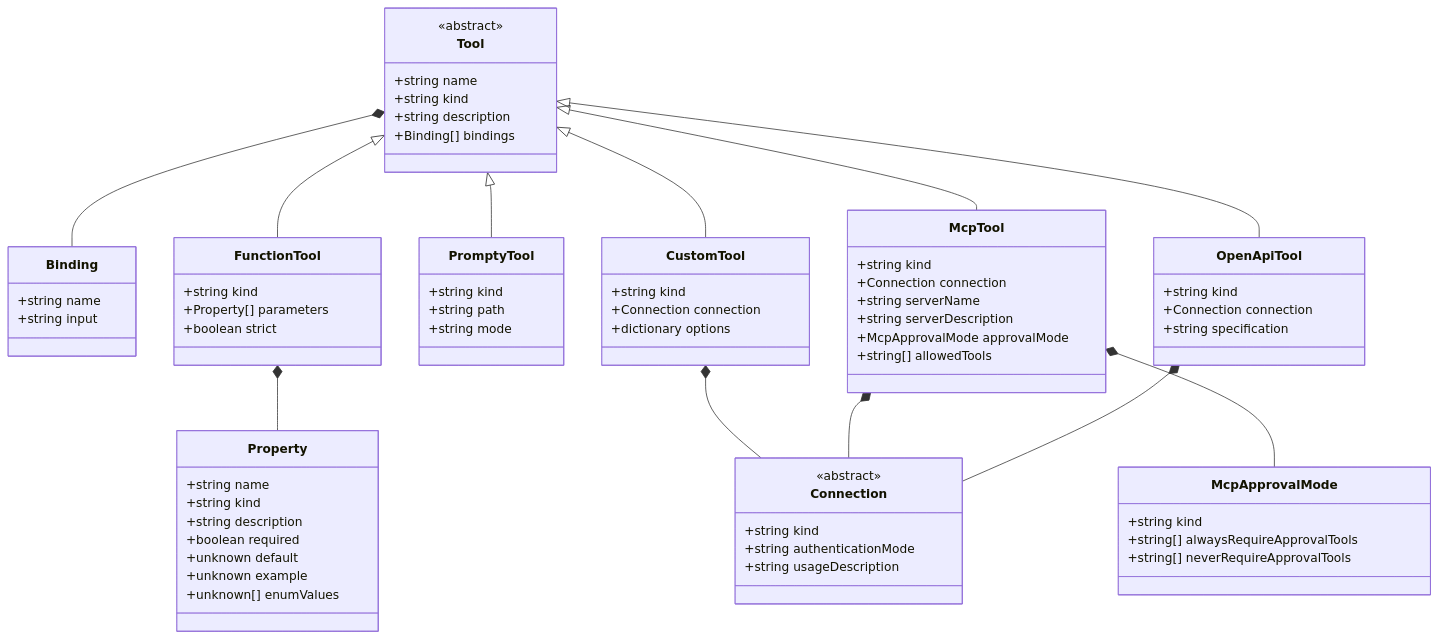
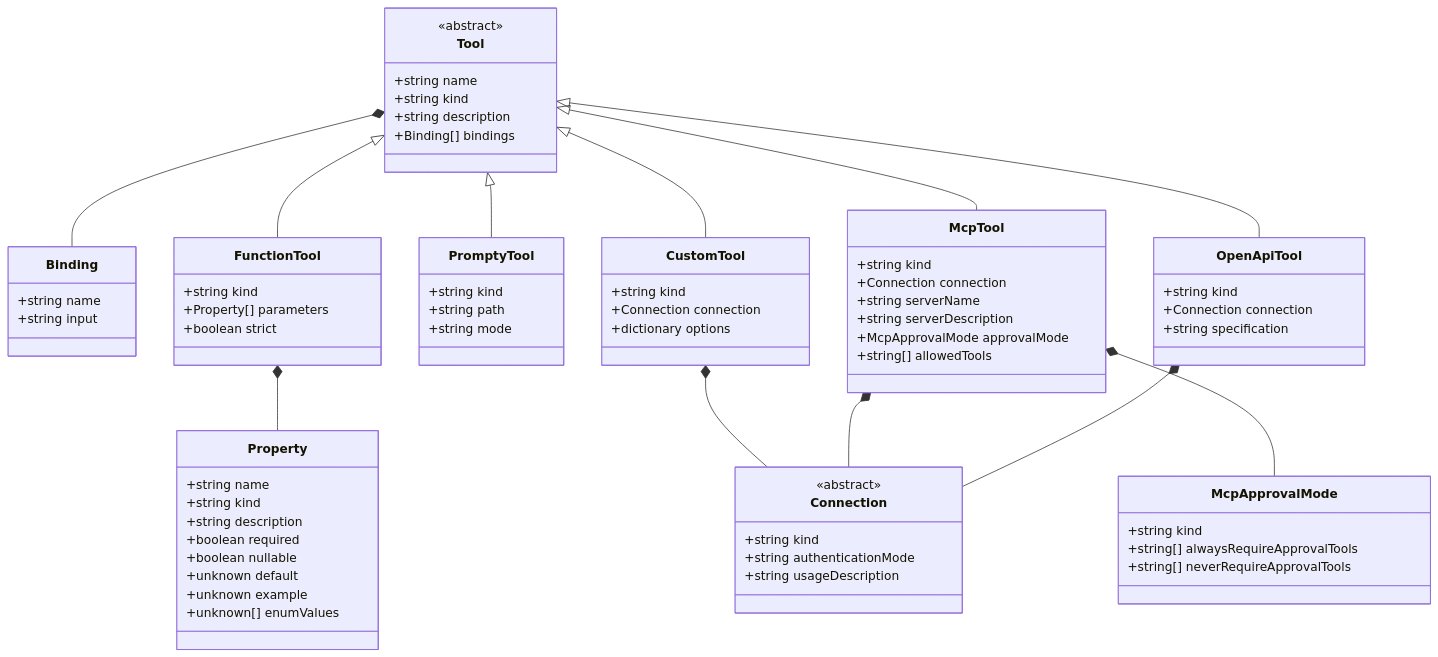
One commit to microsoft/prompty changed the fourth of 9 diagrams in web/src/content/docs/reference/index.md. Above: the diagram before and after it, drawn with Mermaid. The commit also changed other lines of this file and 46 other files, not shown here.

Commit message:
fix(schema): support nullable union properties

````diff
--- a/web/src/content/docs/reference/index.md
+++ b/web/src/content/docs/reference/index.md
@@ -176,73 +178,74 @@
 ```mermaid
 classDiagram
     class Tool {
       <<abstract>>
         +string name
         +string kind
         +string description
         +Binding[] bindings
     }
     class Binding {
         +string name
         +string input
     }
     class FunctionTool {
         +string kind
         +Property[] parameters
         +boolean strict
     }
     class PromptyTool {
         +string kind
         +string path
         +string mode
     }
     class McpTool {
         +string kind
         +Connection connection
         +string serverName
         +string serverDescription
         +McpApprovalMode approvalMode
         +string[] allowedTools
     }
     class McpApprovalMode {
         +string kind
         +string[] alwaysRequireApprovalTools
         +string[] neverRequireApprovalTools
     }
     class OpenApiTool {
         +string kind
         +Connection connection
         +string specification
     }
     class CustomTool {
         +string kind
         +Connection connection
         +dictionary options
     }
     class Connection {
       <<abstract>>
         +string kind
         +string authenticationMode
         +string usageDescription
     }
     class Property {
         +string name
         +string kind
         +string description
         +boolean required
+        +boolean nullable
         +unknown default
         +unknown example
         +unknown[] enumValues
     }
     Tool <|-- FunctionTool
     Tool <|-- CustomTool
     Tool <|-- McpTool
     Tool <|-- OpenApiTool
     Tool <|-- PromptyTool
     Tool *-- Binding
     FunctionTool *-- Property
     CustomTool *-- Connection
     McpTool *-- Connection
     McpTool *-- McpApprovalMode
     OpenApiTool *-- Connection
 ```
````
